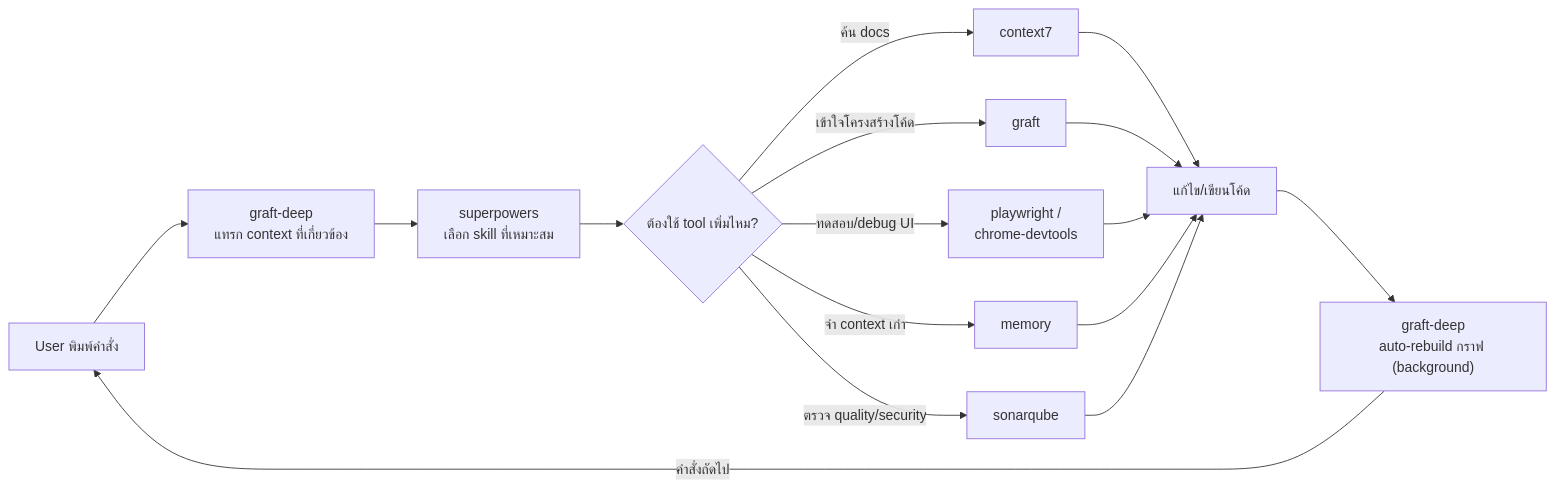
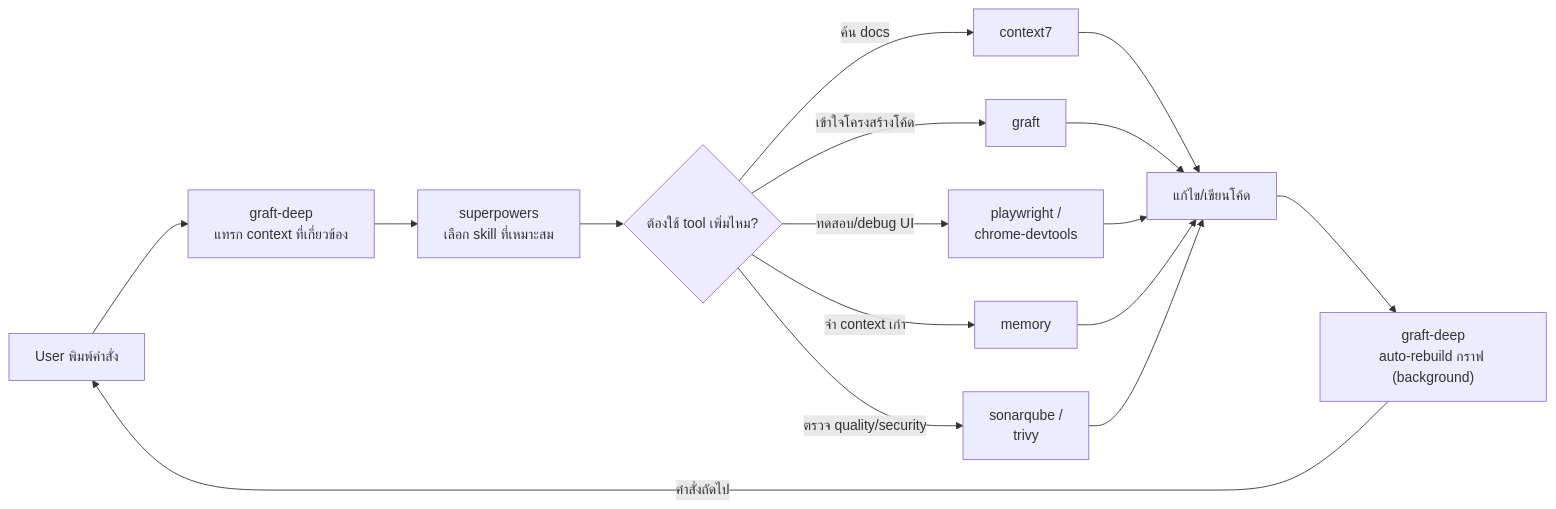
The third of 3 diagrams in USER-MANUAL.md (adcident12/my-manual-opencode), drawn with Mermaid before and after one commit. The commit also changed other lines of this file and 4 other files, not shown here.

````diff
--- a/USER-MANUAL.md
+++ b/USER-MANUAL.md
@@ -65,18 +65,18 @@
 ```mermaid
 graph LR
     A["User พิมพ์คำสั่ง"] --> B["graft-deep<br/>แทรก context ที่เกี่ยวข้อง"]
     B --> C["superpowers<br/>เลือก skill ที่เหมาะสม"]
     C --> D{"ต้องใช้ tool เพิ่มไหม?"}
     D -->|ค้น docs| E["context7"]
     D -->|เข้าใจโครงสร้างโค้ด| F["graft"]
     D -->|ทดสอบ/debug UI| G["playwright /<br/>chrome-devtools"]
     D -->|จำ context เก่า| H["memory"]
-    D -->|ตรวจ quality/security| K["sonarqube"]
+    D -->|ตรวจ quality/security| K["sonarqube /<br/>trivy"]
     E --> I["แก้ไข/เขียนโค้ด"]
     F --> I
     G --> I
     H --> I
     K --> I
     I --> J["graft-deep<br/>auto-rebuild กราฟ (background)"]
     J -->|คำสั่งถัดไป| A
 ```
````
